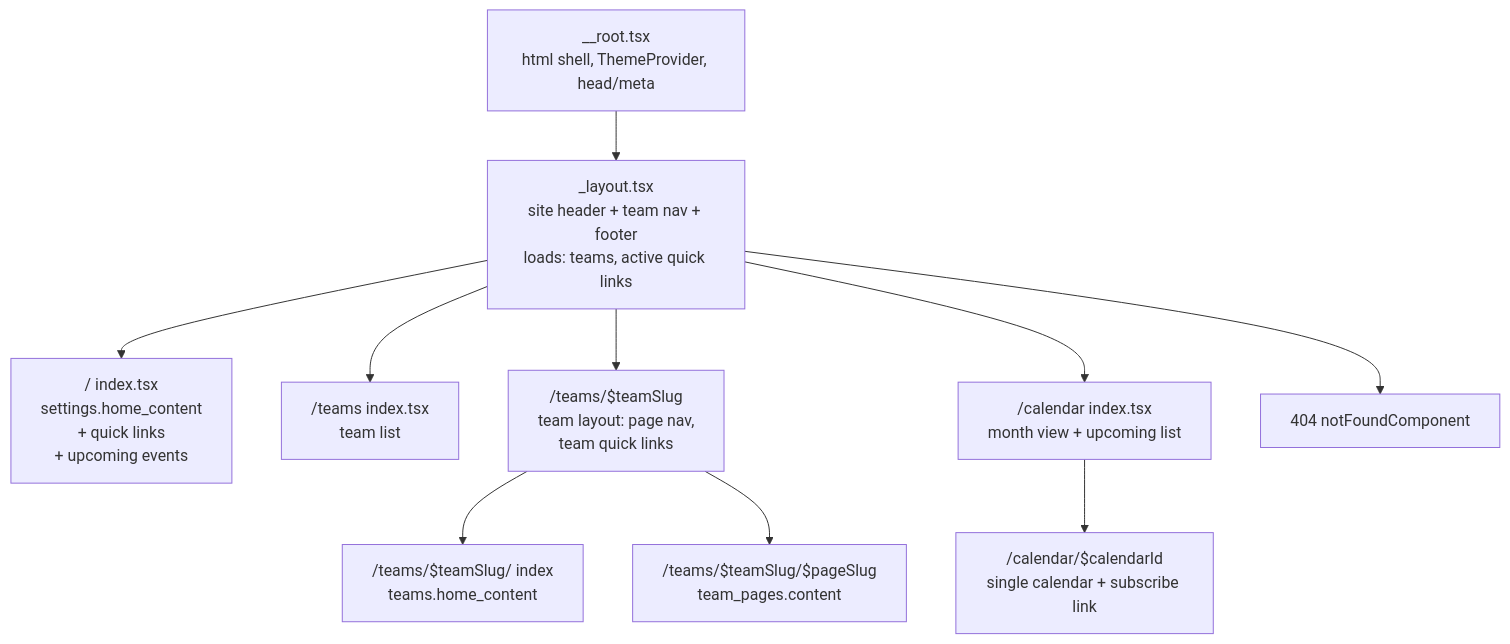
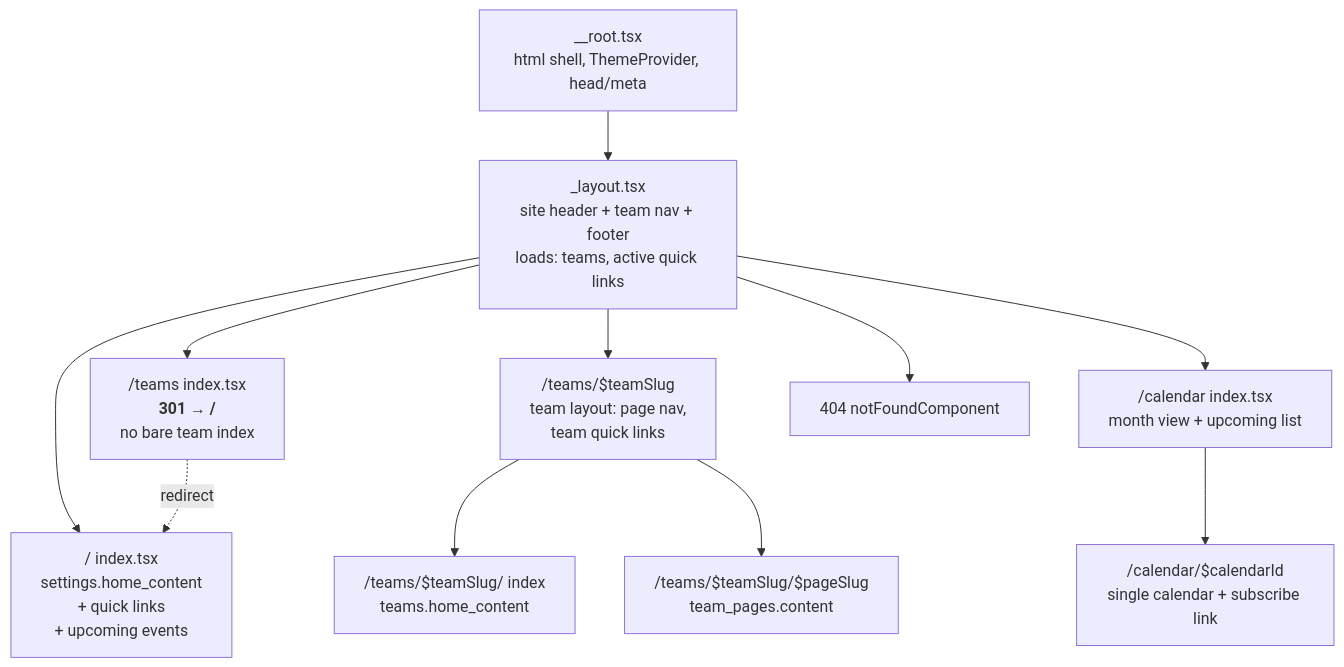
Before and after one commit to zethporter/morgan-wrestling: the fourth of 5 diagrams in apps/website/README.md, drawn with Mermaid. The commit also changed other lines of this file and 20 other files, not shown here.

````diff
--- a/apps/website/README.md
+++ b/apps/website/README.md
@@ -273,24 +302,25 @@
 ```mermaid
 flowchart TD
     ROOT["__root.tsx<br/>html shell, ThemeProvider, head/meta"]
     LAY["_layout.tsx<br/>site header + team nav + footer<br/>loads: teams, active quick links"]
 
     HOME["/  index.tsx<br/>settings.home_content<br/>+ quick links<br/>+ upcoming events"]
-    TEAMS["/teams  index.tsx<br/>team list"]
+    TEAMS["/teams  index.tsx<br/><b>301 → /</b><br/>no bare team index"]
     TEAM["/teams/$teamSlug<br/>team layout: page nav,<br/>team quick links"]
     TEAMHOME["/teams/$teamSlug/  index<br/>teams.home_content"]
     TEAMPAGE["/teams/$teamSlug/$pageSlug<br/>team_pages.content"]
     CALS["/calendar  index.tsx<br/>month view + upcoming list"]
     CAL["/calendar/$calendarId<br/>single calendar + subscribe link"]
     NF["404 notFoundComponent"]
 
     ROOT --> LAY
     LAY --> HOME
     LAY --> TEAMS
+    TEAMS -.->|redirect| HOME
     LAY --> TEAM
     TEAM --> TEAMHOME
     TEAM --> TEAMPAGE
     LAY --> CALS
     CALS --> CAL
     LAY --> NF
 ```
````
